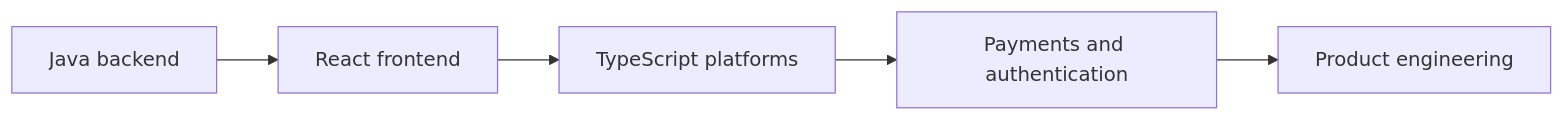
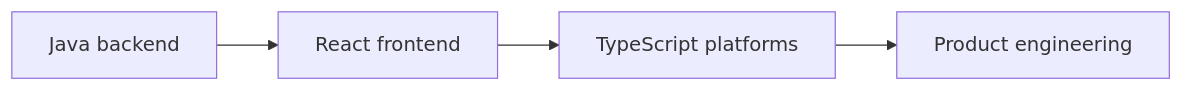
The diagram in README.md (osamakhalili/osamakhalili), drawn with Mermaid before and after one commit. The commit also changed other lines of this file, not shown here.

Commit message:
Polish telemetry, light theme and diagram layout

````diff
--- a/README.md
+++ b/README.md
@@ -236,7 +236,6 @@
 ```mermaid
 graph LR
     A[Java backend] --> B[React frontend]
     B --> C[TypeScript platforms]
-    C --> D[Payments and authentication]
-    D --> E[Product engineering]
+    C --> D[Product engineering]
 ```
````
